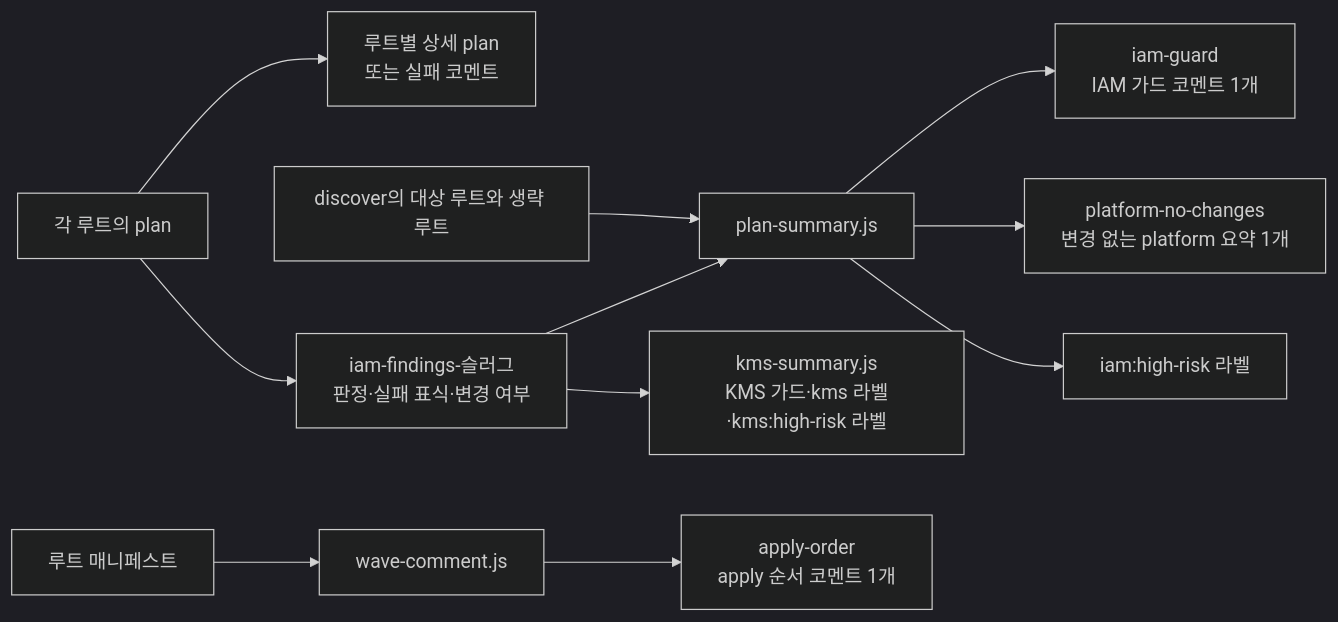
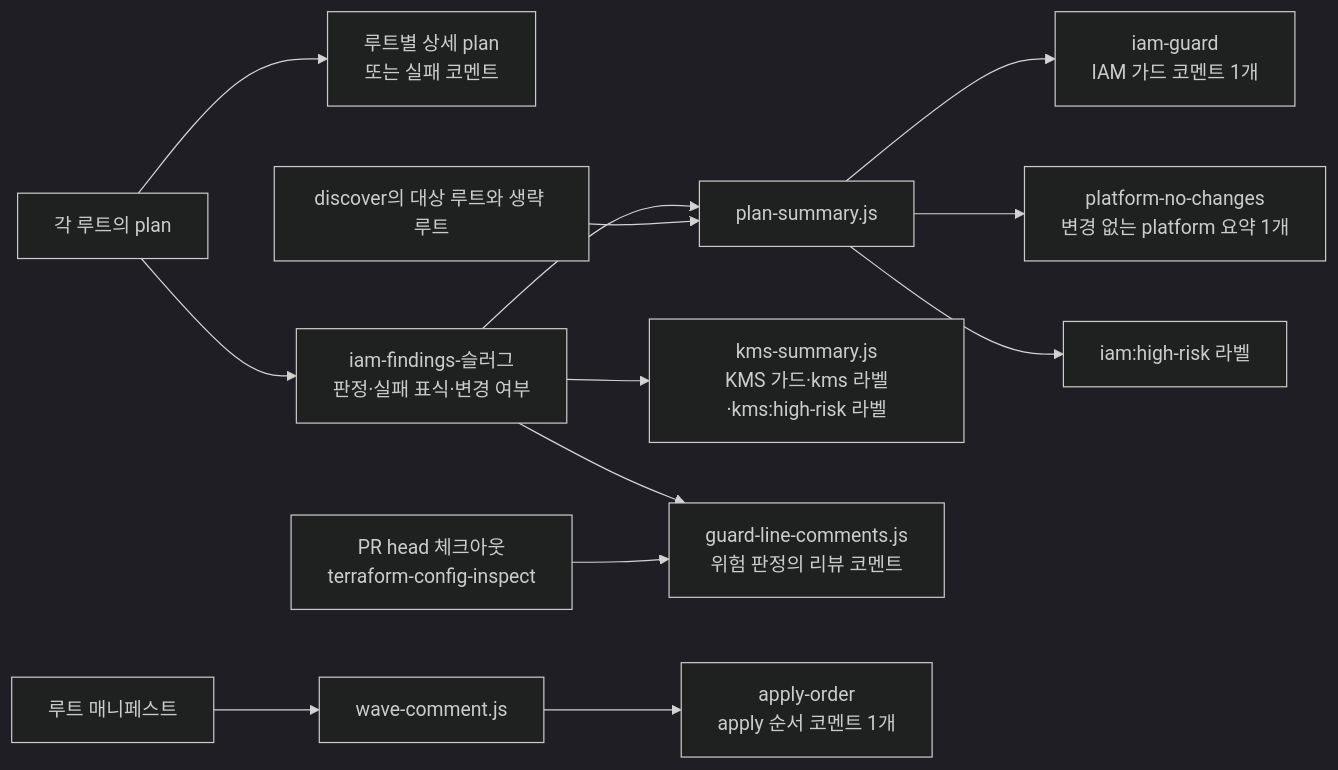
Before and after one commit to kintoun-secops/kintoun-infra: the second of 2 diagrams in docs/ci/plan.md, drawn with Mermaid (dark theme). The commit also changed other lines of this file and 9 other files, not shown here.

````diff
--- a/docs/ci/plan.md
+++ b/docs/ci/plan.md
@@ -111,13 +112,15 @@
 ```mermaid
 flowchart LR
     Root["각 루트의 plan"] --> Detail["루트별 상세 plan<br/>또는 실패 코멘트"]
     Root --> Artifact["iam-findings-슬러그<br/>판정·실패 표식·변경 여부"]
     Artifact --> Summary["plan-summary.js"]
     Expected["discover의 대상 루트와 생략 루트"] --> Summary
     Summary --> IAM["iam-guard<br/>IAM 가드 코멘트 1개"]
     Summary --> Platform["platform-no-changes<br/>변경 없는 platform 요약 1개"]
     Summary --> Label["iam:high-risk 라벨"]
     Artifact --> KMS["kms-summary.js<br/>KMS 가드·kms 라벨·kms:high-risk 라벨"]
+    Artifact --> Line["guard-line-comments.js<br/>위험 판정의 리뷰 코멘트"]
+    Head["PR head 체크아웃<br/>terraform-config-inspect"] --> Line
     Manifest["루트 매니페스트"] --> Wave["wave-comment.js"]
     Wave --> Order["apply-order<br/>apply 순서 코멘트 1개"]
 ```
````
